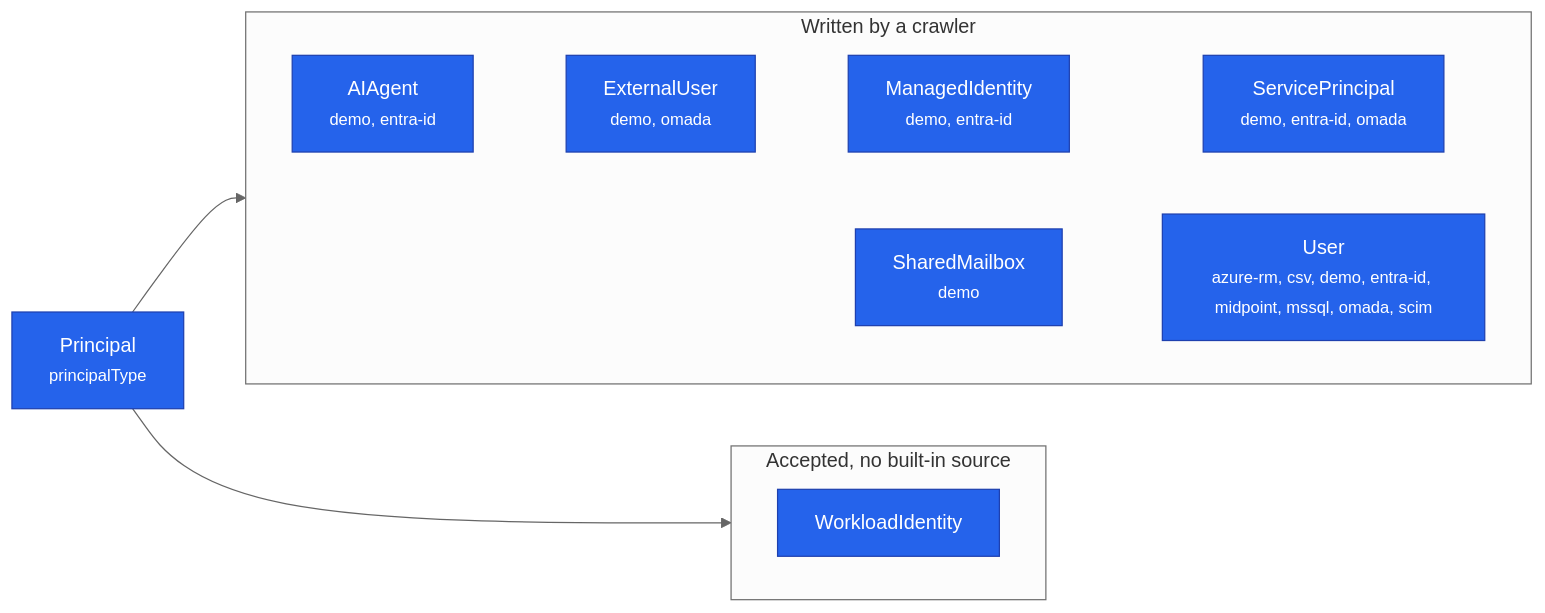
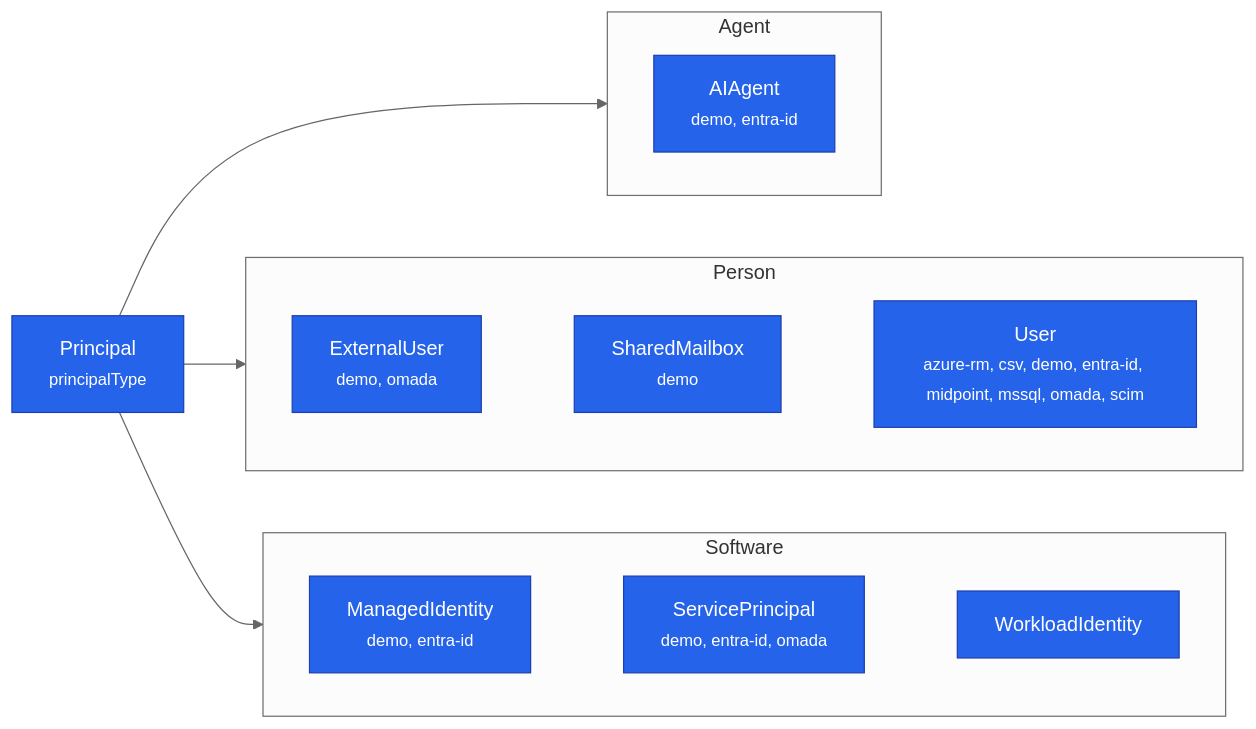
Before and after one commit to DerKodex-Repo-Curator/IdentityAtlas: the second of 5 diagrams in docs/concepts/ontology.md, drawn with Mermaid (neutral theme). The commit also changed other lines of this file and 24 other files, not shown here.

````diff
--- a/docs/concepts/ontology.md
+++ b/docs/concepts/ontology.md
@@ -97,22 +104,26 @@
 ```mermaid
 flowchart LR
     root["Principal<br/><small>principalType</small>"]:::Principal
-    subgraph g_crawler["Written by a crawler"]
+    subgraph g_Agent["Agent"]
       direction LR
       t_AIAgent["AIAgent<br/><small>demo, entra-id</small>"]:::Principal
+    end
+    subgraph g_Person["Person"]
+      direction LR
       t_ExternalUser["ExternalUser<br/><small>demo, omada</small>"]:::Principal
+      t_SharedMailbox["SharedMailbox<br/><small>demo</small>"]:::Principal
+      t_User["User<br/><small>azure-rm, csv, demo, entra-id, midpoint, mssql, omada, scim</small>"]:::Principal
+      t_ExternalUser ~~~ t_SharedMailbox ~~~ t_User
+    end
+    subgraph g_Software["Software"]
+      direction LR
       t_ManagedIdentity["ManagedIdentity<br/><small>demo, entra-id</small>"]:::Principal
       t_ServicePrincipal["ServicePrincipal<br/><small>demo, entra-id, omada</small>"]:::Principal
-      t_SharedMailbox["SharedMailbox<br/><small>demo</small>"]:::Principal
-      t_User["User<br/><small>azure-rm, csv, demo, entra-id, midpoint, mssql, omada, scim</small>"]:::Principal
-      t_AIAgent ~~~ t_ExternalUser ~~~ t_ManagedIdentity ~~~ t_ServicePrincipal
-      t_SharedMailbox ~~~ t_User
+      t_WorkloadIdentity["WorkloadIdentity"]:::Principal
+      t_ManagedIdentity ~~~ t_ServicePrincipal ~~~ t_WorkloadIdentity
     end
-    subgraph g_accepted["Accepted, no built-in source"]
-      direction LR
-      t_WorkloadIdentity["WorkloadIdentity"]:::Principal
-    end
-    root --> g_crawler
-    root --> g_accepted
+    root --> g_Agent
+    root --> g_Person
+    root --> g_Software
     classDef Principal fill:#2563eb,stroke:#1e40af,color:#fff
 ```
````
